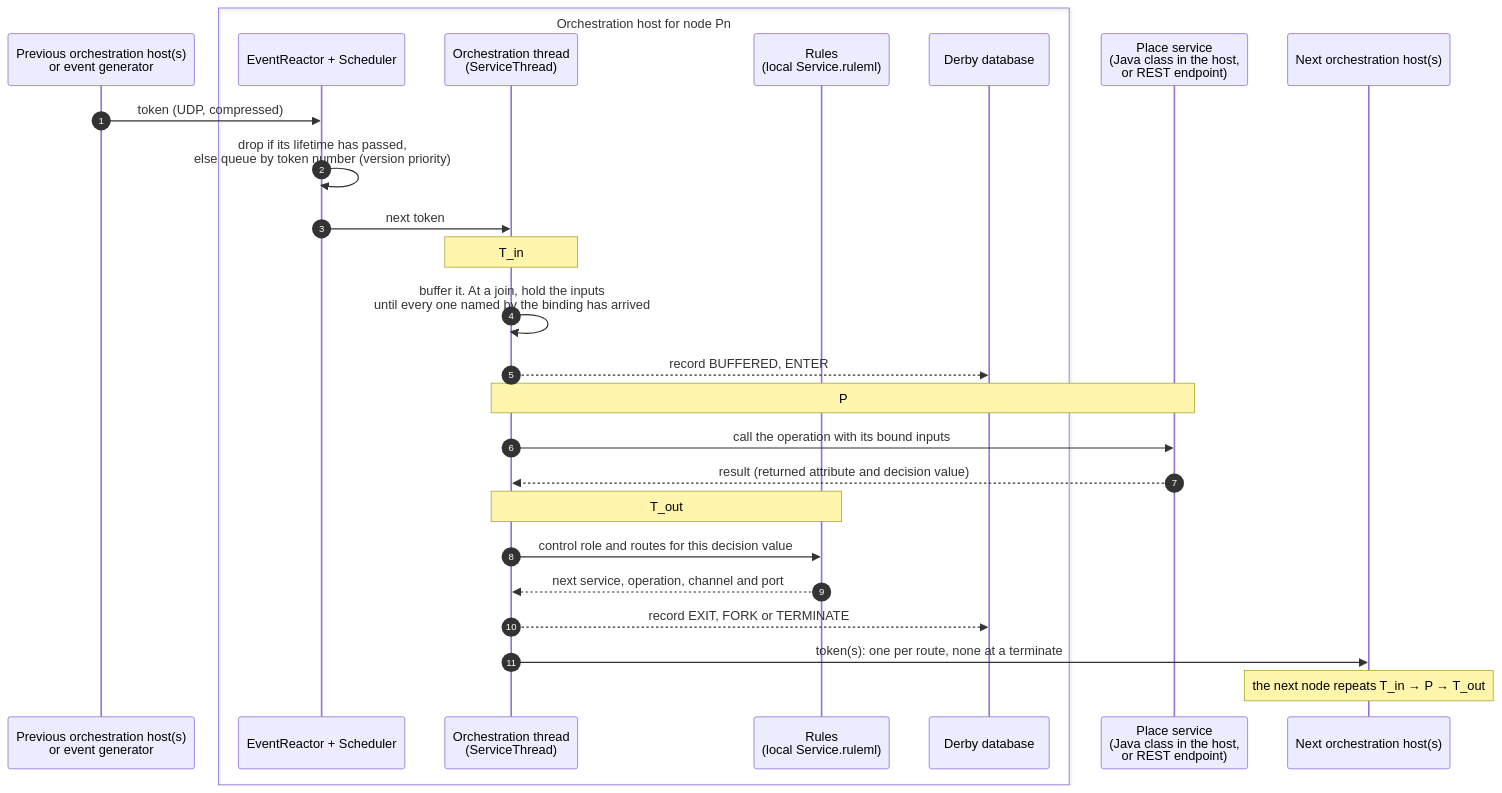
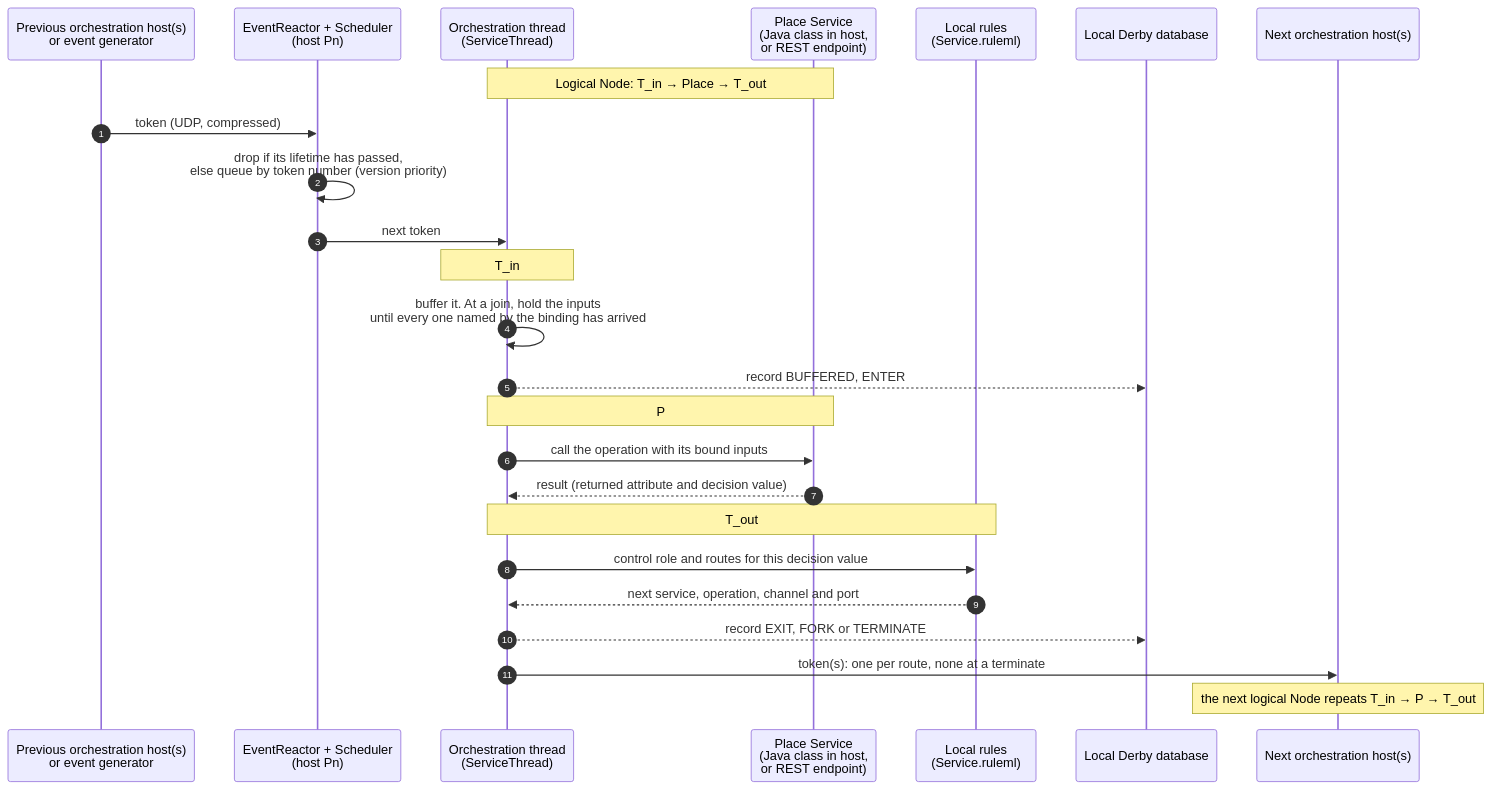
One commit to AlexanderAdelAU/Rule-Propagated-Service-Orchestration changed the fifth of 5 diagrams in Architecture.md. Above: the diagram before and after it, drawn with Mermaid. The commit also changed other lines of this file, not shown here.

Commit message:
Align architecture terms: logical Petri-net Nodes and deployed host targets

````diff
--- a/Architecture.md
+++ b/Architecture.md
@@ -221,28 +242,27 @@
 ```mermaid
 sequenceDiagram
     autonumber
     participant PREV as Previous orchestration host(s)<br/>or event generator
-    box Orchestration host for node Pn
-        participant Q as EventReactor + Scheduler
-        participant T as Orchestration thread<br/>(ServiceThread)
-        participant R as Rules<br/>(local Service.ruleml)
-        participant DB as Derby database
-    end
-    participant S as Place service<br/>(Java class in the host,<br/>or REST endpoint)
+    participant Q as EventReactor + Scheduler<br/>(host Pn)
+    participant T as Orchestration thread<br/>(ServiceThread)
+    participant S as Place Service<br/>(Java class in host,<br/>or REST endpoint)
+    participant R as Local rules<br/>(Service.ruleml)
+    participant DB as Local Derby database
     participant NEXT as Next orchestration host(s)
+    Note over T,S: Logical Node: T_in → Place → T_out
     PREV->>Q: token (UDP, compressed)
     Q->>Q: drop if its lifetime has passed,<br/>else queue by token number (version priority)
     Q->>T: next token
     Note over T: T_in
     T->>T: buffer it. At a join, hold the inputs<br/>until every one named by the binding has arrived
     T-->>DB: record BUFFERED, ENTER
     Note over T,S: P
     T->>S: call the operation with its bound inputs
     S-->>T: result (returned attribute and decision value)
     Note over T,R: T_out
     T->>R: control role and routes for this decision value
     R-->>T: next service, operation, channel and port
     T-->>DB: record EXIT, FORK or TERMINATE
     T->>NEXT: token(s): one per route, none at a terminate
-    Note over NEXT: the next node repeats T_in → P → T_out
+    Note over NEXT: the next logical Node repeats T_in → P → T_out
 ```
````
